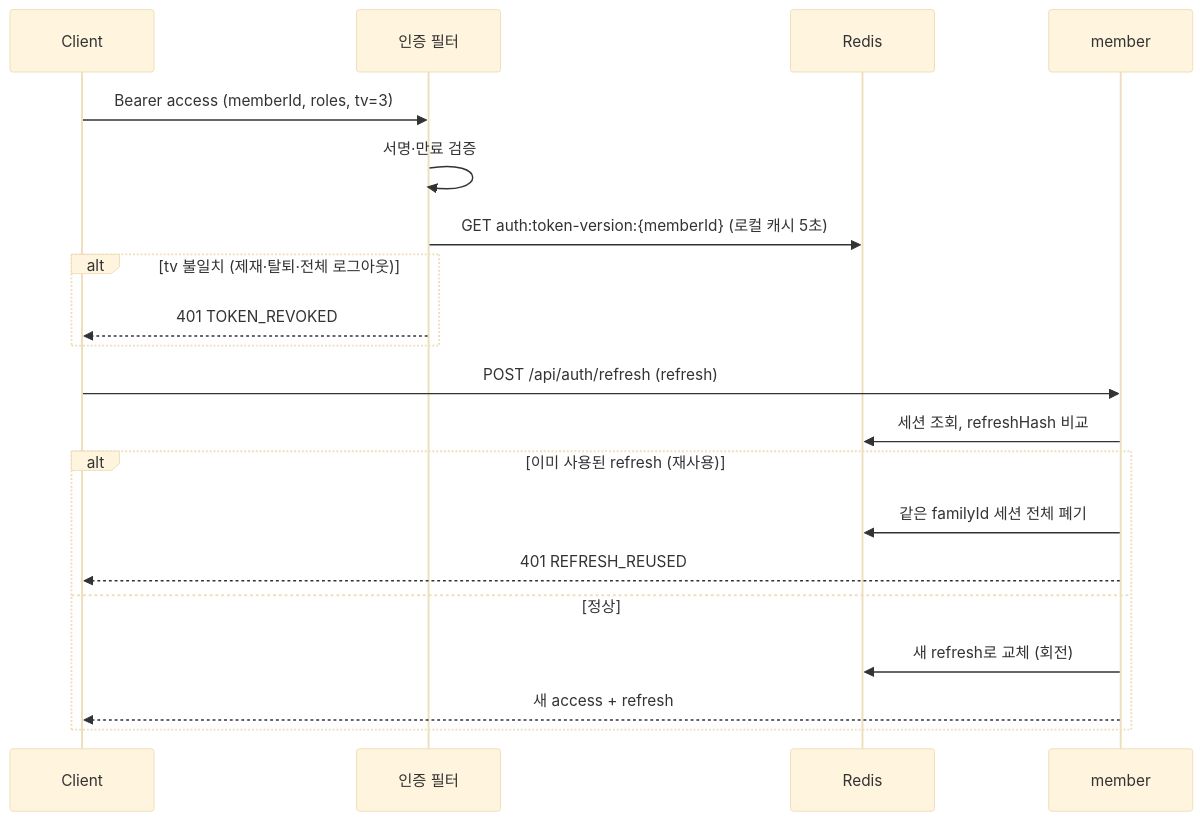
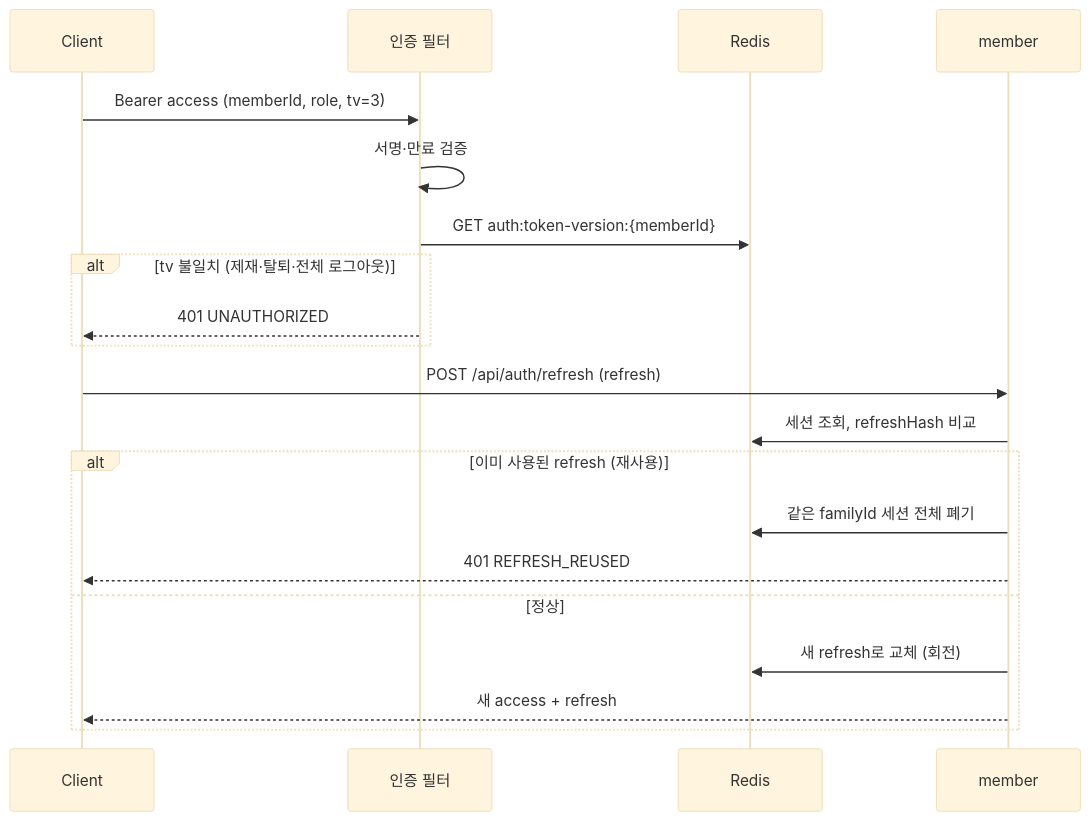
Before and after one commit to 95twan/myroutine-v2: the tenth of 10 diagrams in docs/02-design/06-sequences.md, drawn with Mermaid (base theme). The commit also changed other lines of this file and 27 other files, not shown here.

````diff
--- a/docs/02-design/06-sequences.md
+++ b/docs/02-design/06-sequences.md
@@ -278,22 +263,22 @@
 ```mermaid
 sequenceDiagram
   participant C as Client
   participant F as 인증 필터
   participant R as Redis
   participant M as member
-  C->>F: Bearer access (memberId, roles, tv=3)
+  C->>F: Bearer access (memberId, role, tv=3)
   F->>F: 서명·만료 검증
-  F->>R: GET auth:token-version:{memberId} (로컬 캐시 5초)
+  F->>R: GET auth:token-version:{memberId}
   alt tv 불일치 (제재·탈퇴·전체 로그아웃)
-    F-->>C: 401 TOKEN_REVOKED
+    F-->>C: 401 UNAUTHORIZED
   end
   C->>M: POST /api/auth/refresh (refresh)
   M->>R: 세션 조회, refreshHash 비교
   alt 이미 사용된 refresh (재사용)
     M->>R: 같은 familyId 세션 전체 폐기
     M-->>C: 401 REFRESH_REUSED
   else 정상
     M->>R: 새 refresh로 교체 (회전)
     M-->>C: 새 access + refresh
   end
 ```
````
